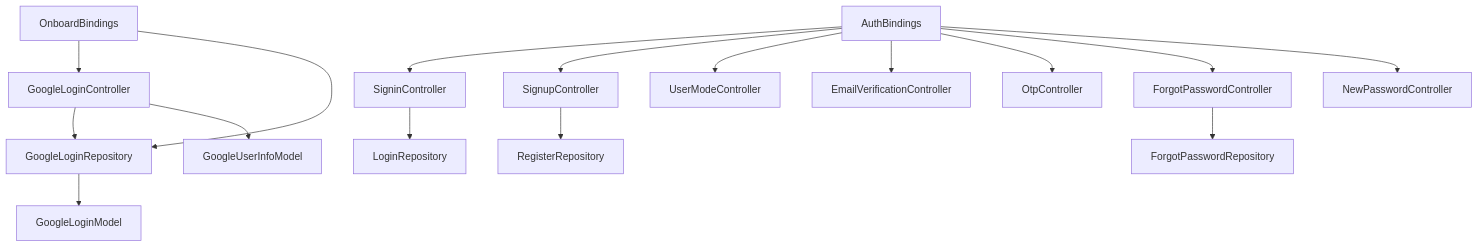
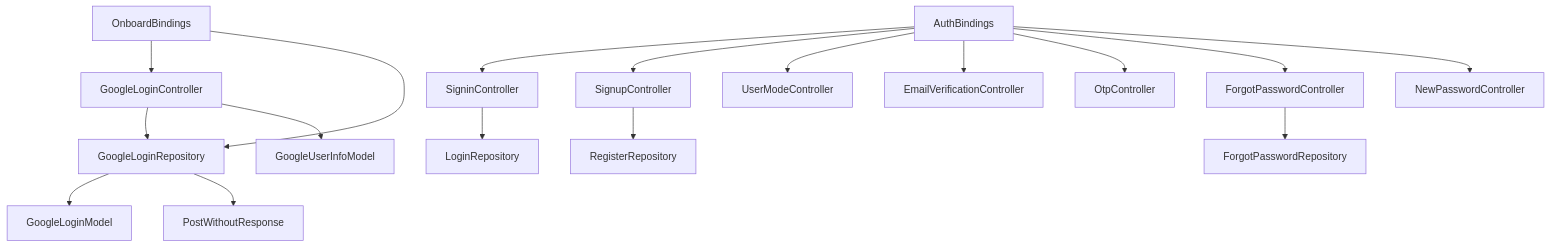
Before and after one commit to Ariful3111/FurniGo: diagram 12 of 12 in .qoder/repowiki/en/content/Core Features/Authentication System/Authentication System.md, drawn with Mermaid. The commit also changed other lines of this file and 23 other files, not shown here.

````diff
--- a/.qoder/repowiki/en/content/Core Features/Authentication System/Authentication System.md
+++ b/.qoder/repowiki/en/content/Core Features/Authentication System/Authentication System.md
@@ -629,18 +636,19 @@
 ```mermaid
 graph TB
 AB["AuthBindings"] --> SC["SigninController"]
 AB --> SGC["SignupController"]
 AB --> UMC["UserModeController"]
 AB --> EVC["EmailVerificationController"]
 AB --> OPC["OtpController"]
 AB --> FPC["ForgotPasswordController"]
 AB --> NPC["NewPasswordController"]
 OB["OnboardBindings"] --> GLC["GoogleLoginController"]
 OB --> GLR["GoogleLoginRepository"]
 SC --> LR["LoginRepository"]
 SGC --> RR["RegisterRepository"]
 FPC --> FR["ForgotPasswordRepository"]
 GLC --> GLR
 GLC --> GUIM["GoogleUserInfoModel"]
 GLR --> GLM["GoogleLoginModel"]
+GLR --> PWR["PostWithoutResponse"]
 ```
````
